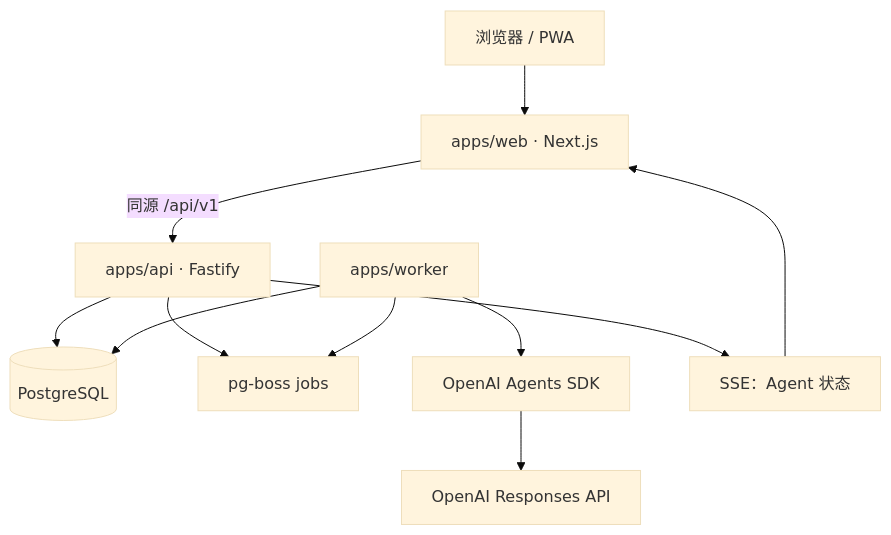
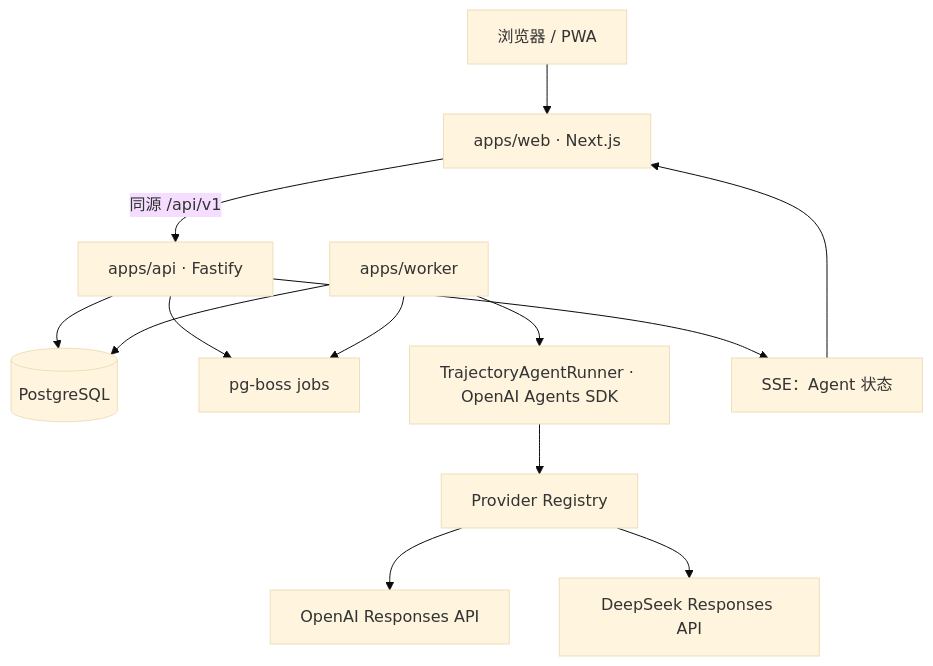
One commit to Forrest0721/time-friend changed the second of 4 diagrams in work/technical-design-v1.md. Above: the diagram before and after it, drawn with Mermaid (base theme). The commit also changed other lines of this file and 37 other files, not shown here.

Commit message:
feat: add multi-provider agent runtime

````diff
--- a/work/technical-design-v1.md
+++ b/work/technical-design-v1.md
@@ -71,13 +71,15 @@
 ```mermaid
 flowchart TB
     U["浏览器 / PWA"] --> W["apps/web · Next.js"]
     W -->|"同源 /api/v1"| A["apps/api · Fastify"]
     A --> P[("PostgreSQL")]
     A --> Q["pg-boss jobs"]
     R["apps/worker"] --> Q
     R --> P
-    R --> S["OpenAI Agents SDK"]
-    S --> O["OpenAI Responses API"]
+    R --> S["TrajectoryAgentRunner · OpenAI Agents SDK"]
+    S --> G["Provider Registry"]
+    G --> O["OpenAI Responses API"]
+    G --> D["DeepSeek Responses API"]
     A --> T["SSE：Agent 状态"]
     T --> W
 ```
````
